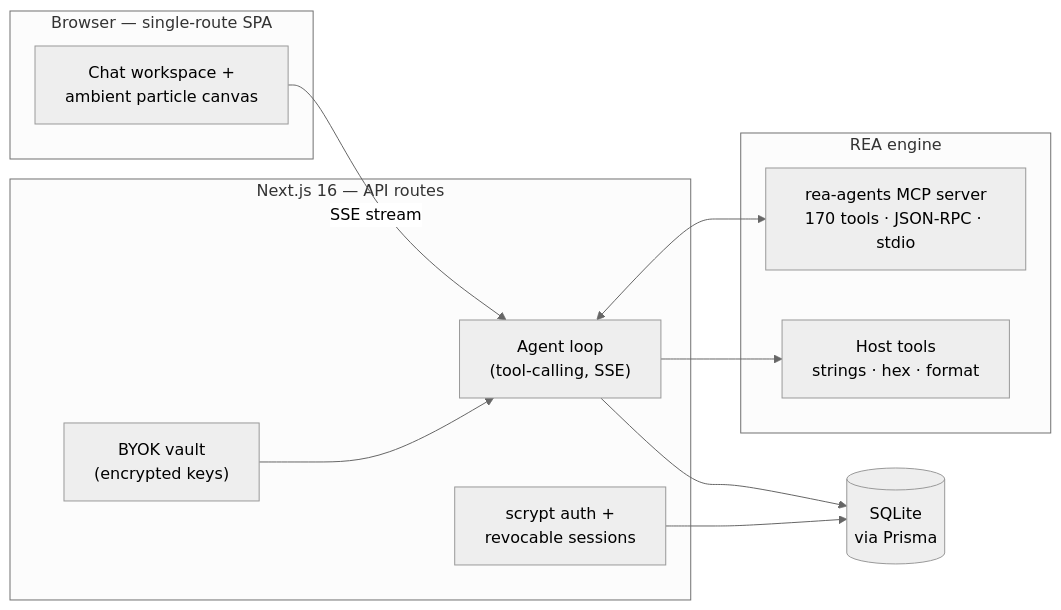
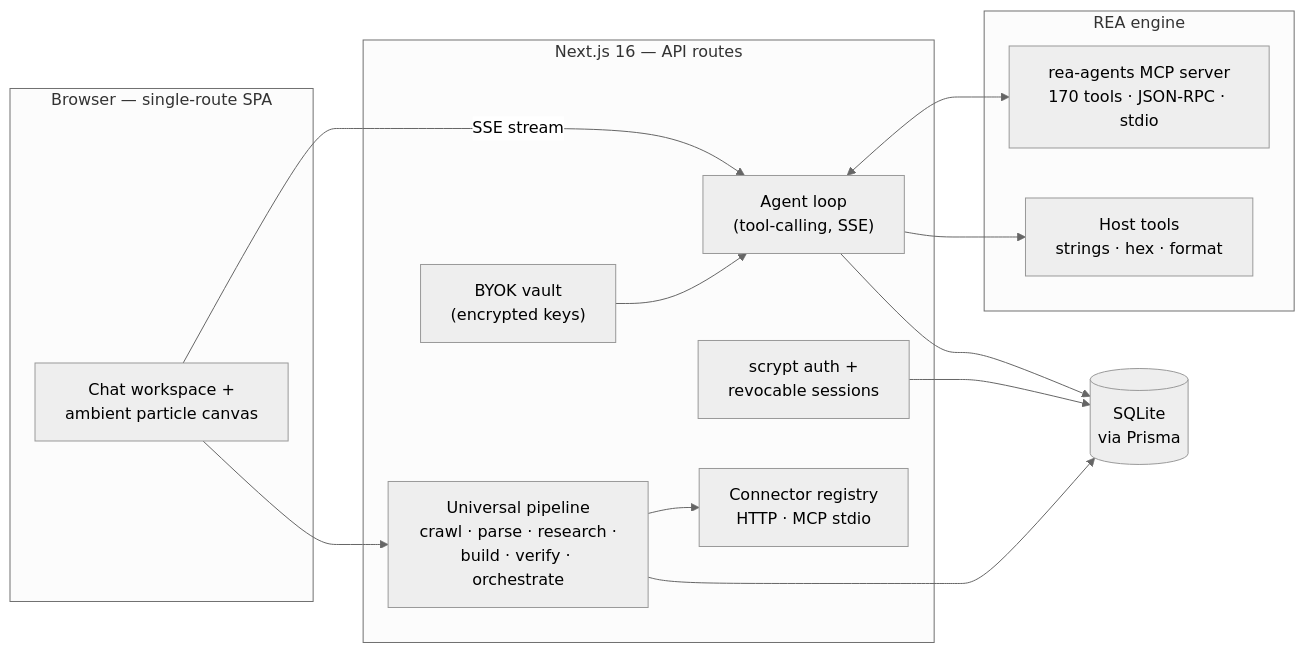
Before and after one commit to arpitnayan123-bot/Autonomous-reverse-engineering-agent: the diagram in README.md, drawn with Mermaid (neutral theme). The commit also changed other lines of this file and 1 other file, not shown here.

Commit message:
docs: universal platform round — README capabilities/pipeline/credits + worklog round 20

````diff
--- a/README.md
+++ b/README.md
@@ -39,23 +43,28 @@
 ```mermaid
 flowchart LR
     subgraph Browser["Browser — single-route SPA"]
         UI["Chat workspace +<br/>ambient particle canvas"]
     end
     subgraph Server["Next.js 16 — API routes"]
         AGENT["Agent loop<br/>(tool-calling, SSE)"]
         AUTH["scrypt auth +<br/>revocable sessions"]
         VAULT["BYOK vault<br/>(encrypted keys)"]
+        PIPE["Universal pipeline<br/>crawl · parse · research ·<br/>build · verify · orchestrate"]
+        CONN["Connector registry<br/>HTTP · MCP stdio"]
     end
     subgraph Engine["REA engine"]
         MCP["rea-agents MCP server<br/>170 tools · JSON-RPC · stdio"]
         HOST["Host tools<br/>strings · hex · format"]
     end
     DB[("SQLite<br/>via Prisma")]
 
     UI -- "SSE stream" --> AGENT
     AGENT <--> MCP
     AGENT --> HOST
     VAULT --> AGENT
     AGENT --> DB
     AUTH --> DB
+    UI --> PIPE
+    PIPE --> CONN
+    PIPE --> DB
 ```
````
